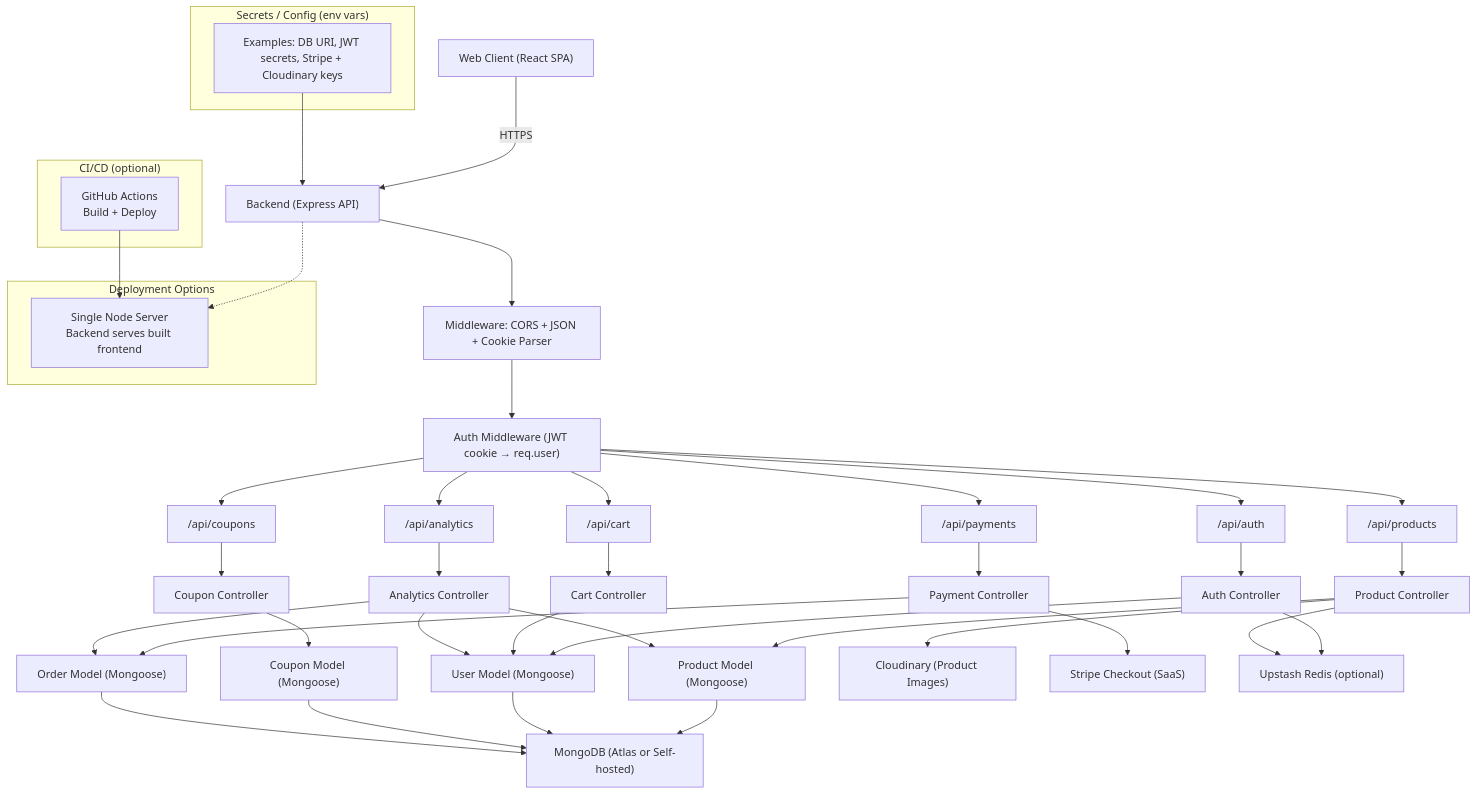
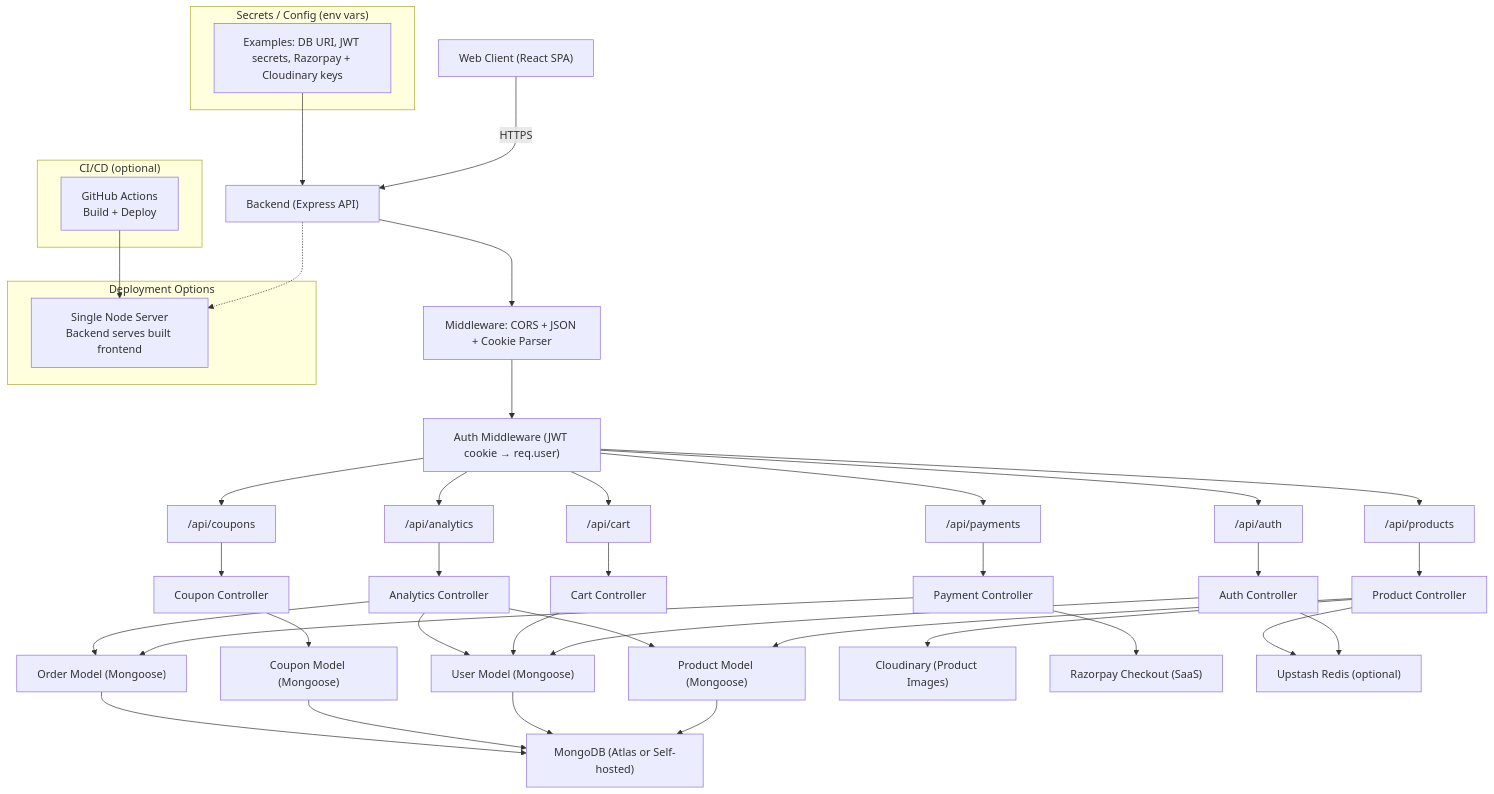
One commit to Abhilashh01/windom-earle changed the diagram in README.md. Above: the diagram before and after it, drawn with Mermaid. The commit also changed other lines of this file and 14 other files, not shown here.

Commit message:
feat: integrate razorpay checkout

````diff
--- a/README.md
+++ b/README.md
@@ -71,58 +65,58 @@
 ```mermaid
 flowchart TB
   A["Web Client (React SPA)"] -->|HTTPS| B["Backend (Express API)"]
 
   B --> C["Middleware: CORS + JSON + Cookie Parser"]
   C --> D["Auth Middleware (JWT cookie → req.user)"]
 
   D --> R1["/api/auth"]
   D --> R2["/api/products"]
   D --> R3["/api/cart"]
   D --> R4["/api/coupons"]
   D --> R5["/api/payments"]
   D --> R6["/api/analytics"]
 
   R1 --> AC["Auth Controller"]
   R2 --> PC["Product Controller"]
   R3 --> CC["Cart Controller"]
   R4 --> CO["Coupon Controller"]
   R5 --> PAY["Payment Controller"]
   R6 --> AN["Analytics Controller"]
 
   AC --> UDB["User Model (Mongoose)"]
   PC --> PDB["Product Model (Mongoose)"]
   CO --> CDB["Coupon Model (Mongoose)"]
   PAY --> ODB["Order Model (Mongoose)"]
   CC --> UDB
   AN --> UDB
   AN --> PDB
   AN --> ODB
 
   PDB --> MONGO["MongoDB (Atlas or Self-hosted)"]
   UDB --> MONGO
   CDB --> MONGO
   ODB --> MONGO
 
   PC --> CLOUD["Cloudinary (Product Images)"]
-  PAY --> STRIPE["Stripe Checkout (SaaS)"]
+  PAY --> RZP["Razorpay Checkout (SaaS)"]
   AC --> REDIS["Upstash Redis (optional)"]
   PC --> REDIS
 
   subgraph DEPLOY["Deployment Options"]
     S1["Single Node Server\nBackend serves built frontend"]
   end
 
   B -.-> S1
 
   subgraph CICD["CI/CD (optional)"]
     G["GitHub Actions\nBuild + Deploy"]
   end
 
   G --> S1
 
   subgraph SECRETS["Secrets / Config (env vars)"]
-    K["Examples: DB URI, JWT secrets, Stripe + Cloudinary keys"]
+    K["Examples: DB URI, JWT secrets, Razorpay + Cloudinary keys"]
   end
 
   K --> B
 ```
````
